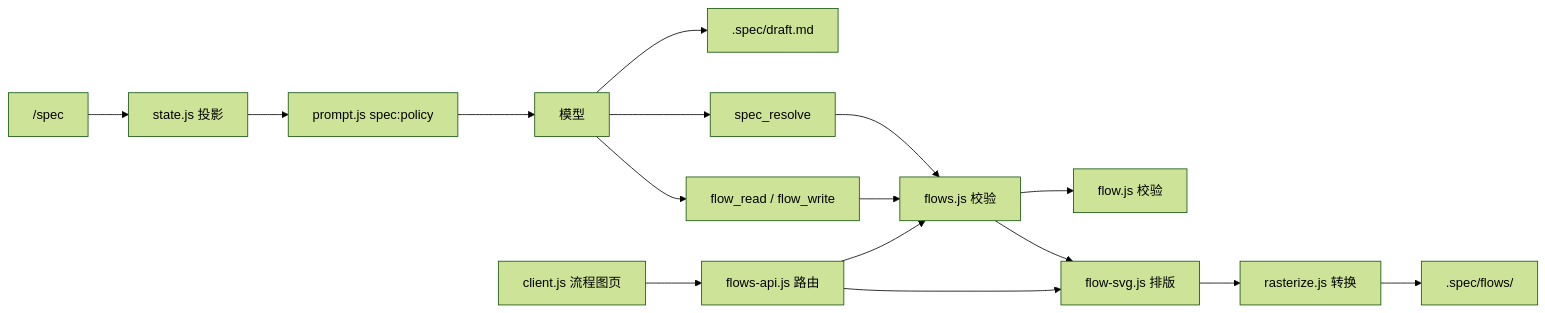
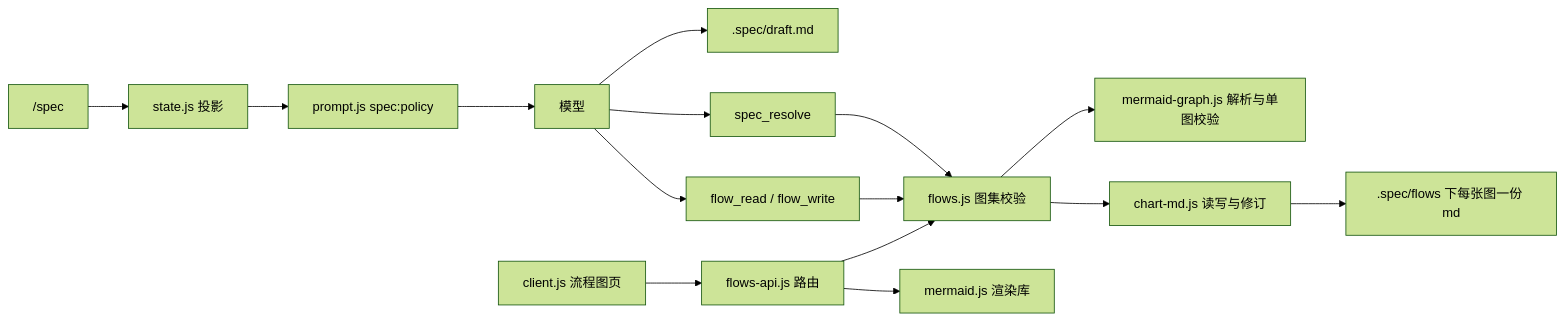
Before and after one commit to LMQ00/dsh-spec-mode: the first of 2 diagrams in docs/007-architecture.md, drawn with Mermaid (forest theme). The commit also changed other lines of this file and 37 other files, not shown here.

Commit message:
feat!: 流程图改成一份 Markdown 内嵌 mermaid，视图改为渲染加源码编辑，升版本至 4.0.0

````diff
--- a/docs/007-architecture.md
+++ b/docs/007-architecture.md
@@ -9,18 +9,17 @@
 ```mermaid
 flowchart LR
   CMD["/spec"] --> STATE["state.js 投影"]
   STATE --> PROMPT["prompt.js spec:policy"]
   PROMPT --> MODEL["模型"]
   MODEL --> DRAFT[".spec/draft.md"]
   MODEL --> RESOLVE["spec_resolve"]
-  RESOLVE --> FLOWS["flows.js 校验"]
-  FLOWS --> FLOW["flow.js 校验"]
-  FLOWS --> SVG["flow-svg.js 排版"]
-  SVG --> RASTER["rasterize.js 转换"]
-  RASTER --> DISK[".spec/flows/"]
+  RESOLVE --> FLOWS["flows.js 图集校验"]
+  FLOWS --> GRAPH["mermaid-graph.js 解析与单图校验"]
+  FLOWS --> MD["chart-md.js 读写与修订"]
+  MD --> DISK[".spec/flows 下每张图一份 md"]
   PAGE["client.js 流程图页"] --> API["flows-api.js 路由"]
   API --> FLOWS
-  API --> SVG
+  API --> MERMAID["mermaid.js 渲染库"]
   MODEL --> TOOLS["flow_read / flow_write"]
   TOOLS --> FLOWS
 ```
````
